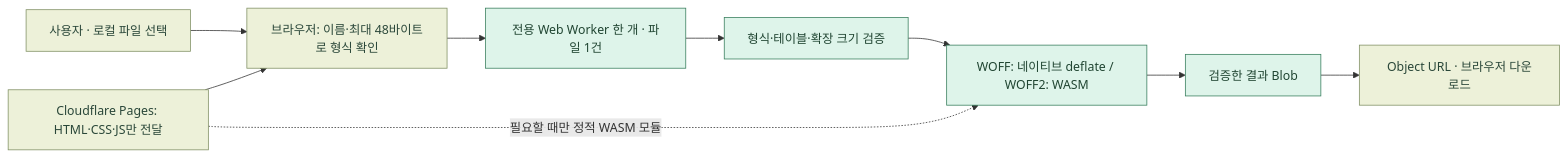
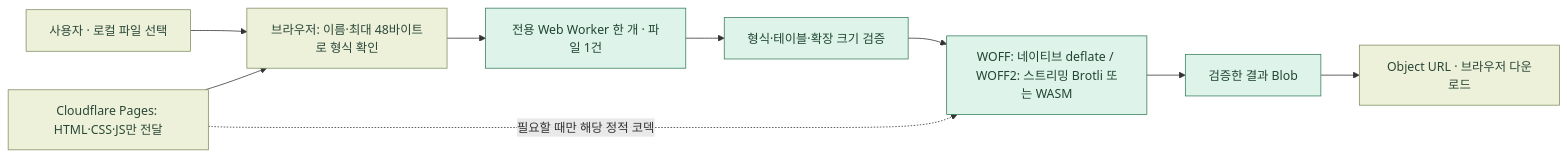
Before and after one commit to hslcrb/theswitcher: the diagram in docs/ARCHITECTURE.ko.md, drawn with Mermaid. The commit also changed other lines of this file and 3 other files, not shown here.

````diff
--- a/docs/ARCHITECTURE.ko.md
+++ b/docs/ARCHITECTURE.ko.md
@@ -5,15 +5,15 @@
 ```mermaid
 flowchart LR
   U["사용자 · 로컬 파일 선택"] --> Q["브라우저: 이름·최대 48바이트로 형식 확인"]
   Q --> W["전용 Web Worker 한 개 · 파일 1건"]
   W --> V["형식·테이블·확장 크기 검증"]
-  V --> C["WOFF: 네이티브 deflate / WOFF2: WASM"]
+  V --> C["WOFF: 네이티브 deflate / WOFF2: 스트리밍 Brotli 또는 WASM"]
   C --> B["검증한 결과 Blob"]
   B --> D["Object URL · 브라우저 다운로드"]
   S["Cloudflare Pages: HTML·CSS·JS만 전달"] --> Q
-  S -. "필요할 때만 정적 WASM 모듈" .-> C
+  S -. "필요할 때만 해당 정적 코덱" .-> C
   classDef ui fill:#edf1d9,stroke:#809064,color:#2a4739
   classDef engine fill:#def4ea,stroke:#387e5d,color:#204532
   class U,Q,D,S ui
   class W,V,C,B engine
 ```
````
